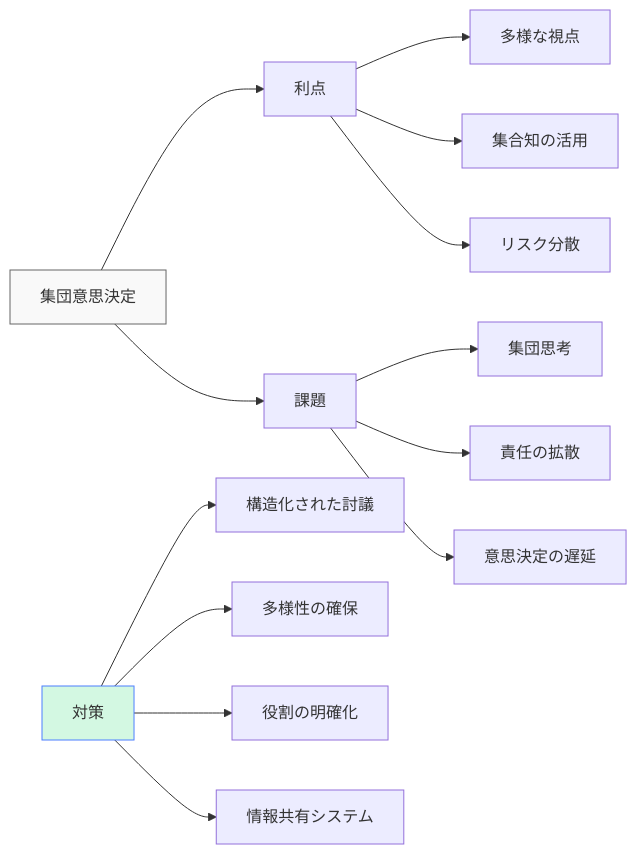
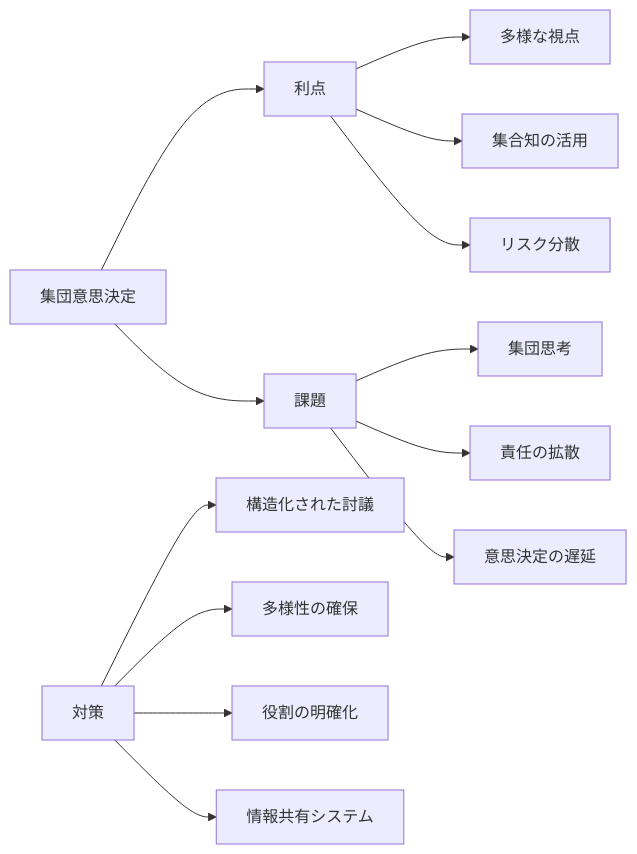
Before and after one commit to shuji-bonji/Situational-Awareness-and-Decision-Making: the seventh of 9 diagrams in docs/decision-making-guide/uncertainty.md, drawn with Mermaid. The commit also changed other lines of this file and 49 other files, not shown here.

Commit message:
fix: ダークモードで見づらい図の色の変更

````diff
--- a/docs/decision-making-guide/uncertainty.md
+++ b/docs/decision-making-guide/uncertainty.md
@@ -410,21 +410,21 @@
 ```mermaid
 graph LR
     A[集団意思決定] --> B[利点]
     A --> C[課題]
     
     B --> B1[多様な視点]
     B --> B2[集合知の活用]
     B --> B3[リスク分散]
     
     C --> C1[集団思考]
     C --> C2[責任の拡散]
     C --> C3[意思決定の遅延]
     
     D[対策] --> D1[構造化された討議]
     D --> D2[多様性の確保]
     D --> D3[役割の明確化]
     D --> D4[情報共有システム]
     
-    style A fill:#f9f9f9,stroke:#666
-    style D fill:#d3f8e2,stroke:#4d7fff
+
+
 ```
````
